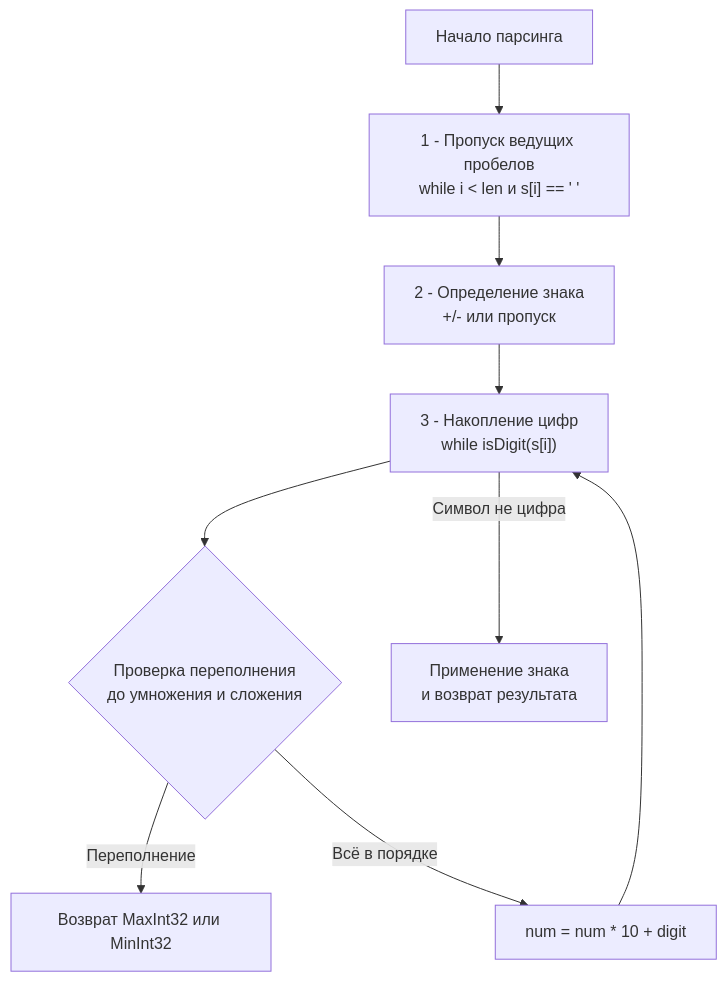
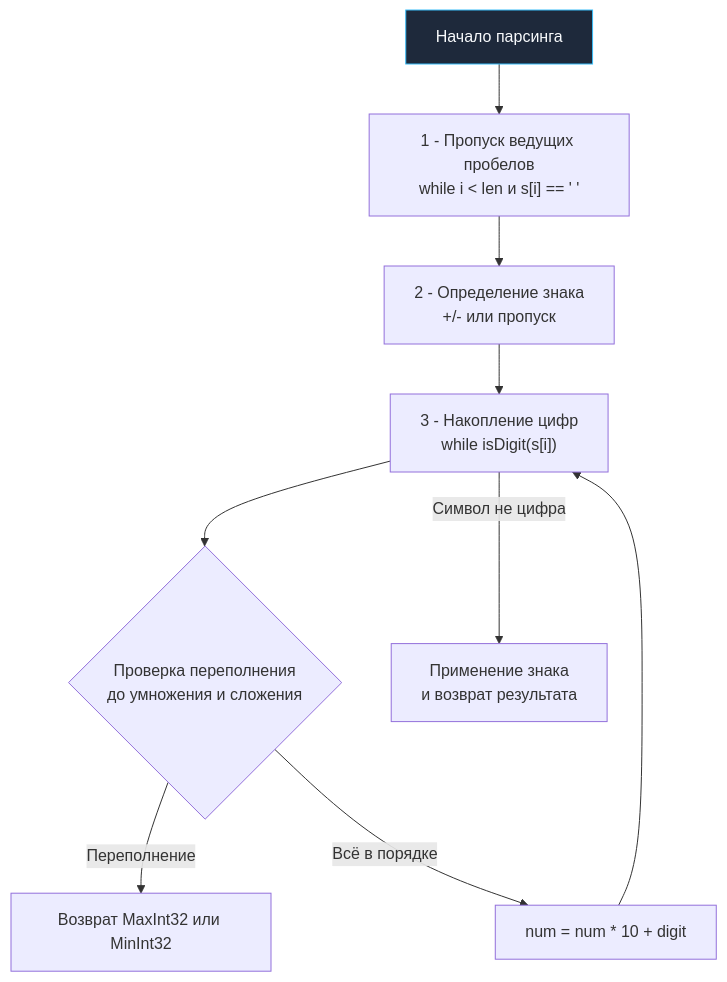
Before and after one commit to UnrealTemplier/go-textbook: the first of 2 diagrams in sources/21. Задачи с LeetCode и собеседований на Go/02. Задачи/25. Строки/7. String to Integer atoi.md, drawn with Mermaid. The commit also changed other lines of this file and 1666 other files, not shown here.

First line of the commit message:
feat(mermaid): add semantic color classDef to 1369 colorless flowchart/graph diagrams

````diff
--- a/sources/21. Задачи с LeetCode и собеседований на Go/02. Задачи/25. Строки/7. String to Integer atoi.md
+++ b/sources/21. Задачи с LeetCode и собеседований на Go/02. Задачи/25. Строки/7. String to Integer atoi.md
@@ -5,11 +5,21 @@
 ```mermaid
 flowchart TD
-    A["Начало парсинга"] --> B["1 - Пропуск ведущих пробелов<br>while i < len и s[i] == ' '"]
+    classDef process  fill:#1e293b,stroke:#38bdf8,stroke-width:1px,color:#f8fafc
+    classDef success  fill:#064e3b,stroke:#34d399,stroke-width:1px,color:#f8fafc
+    classDef error    fill:#7f1d1d,stroke:#f87171,stroke-width:1px,color:#f8fafc
+    classDef warning  fill:#78350f,stroke:#fbbf24,stroke-width:1px,color:#f8fafc
+    classDef entry    fill:#1e3a5f,stroke:#38bdf8,stroke-width:2px,color:#f8fafc
+    classDef aux      fill:#334155,stroke:#64748b,stroke-width:1px,color:#f8fafc
+    classDef system   fill:#312e81,stroke:#a78bfa,stroke-width:1px,color:#f8fafc
+    classDef data     fill:#132d29,stroke:#2dd4bf,stroke-width:1px,color:#f8fafc
+    classDef network  fill:#881337,stroke:#fb7185,stroke-width:1px,color:#f8fafc
+    classDef accent   fill:#1e1b4b,stroke:#818cf8,stroke-width:1px,color:#f8fafc
+    A["Начало парсинга"]:::process --> B["1 - Пропуск ведущих пробелов<br>while i < len и s[i] == ' '"]
     B --> C["2 - Определение знака<br>+/- или пропуск"]
     C --> D["3 - Накопление цифр<br>while isDigit(s[i])"]
     D --> E{"Проверка переполнения<br>до умножения и сложения"}
     E -->|Переполнение| F["Возврат MaxInt32 или MinInt32"]
     E -->|Всё в порядке| G["num = num * 10 + digit"]
     G --> D
     D -->|Символ не цифра| H["Применение знака<br>и возврат результата"]
 ```
````
